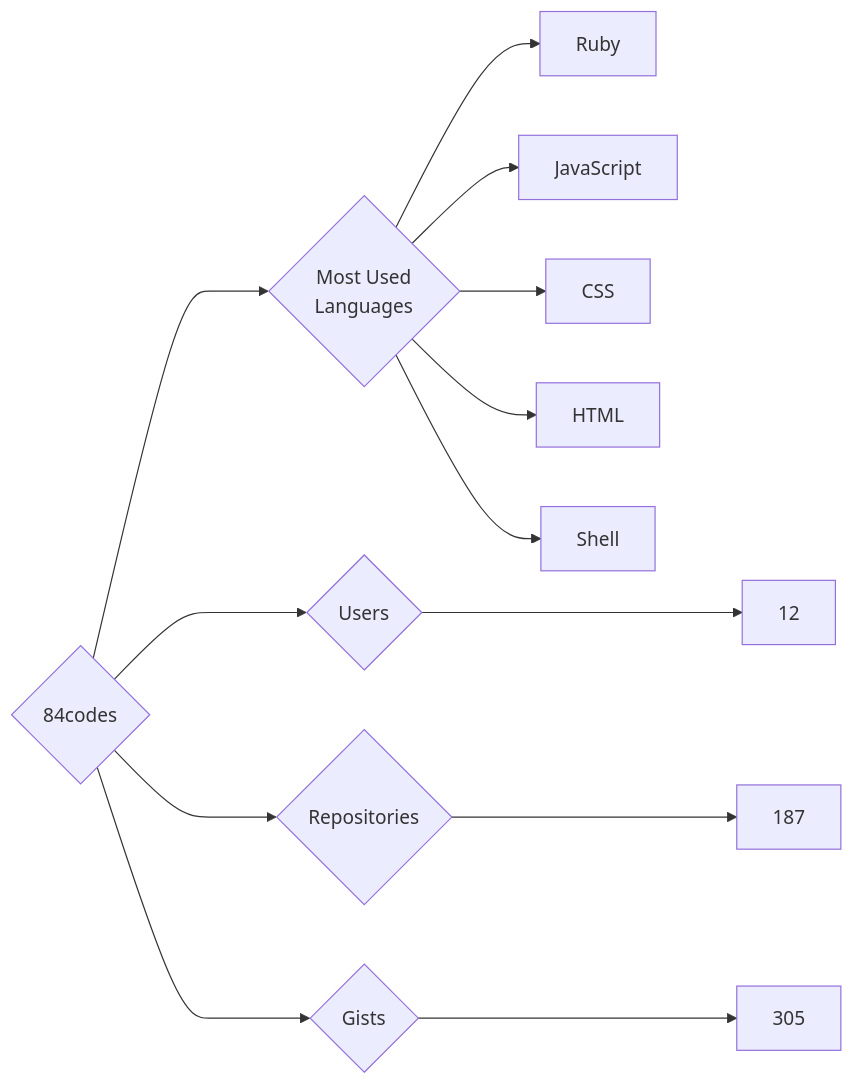
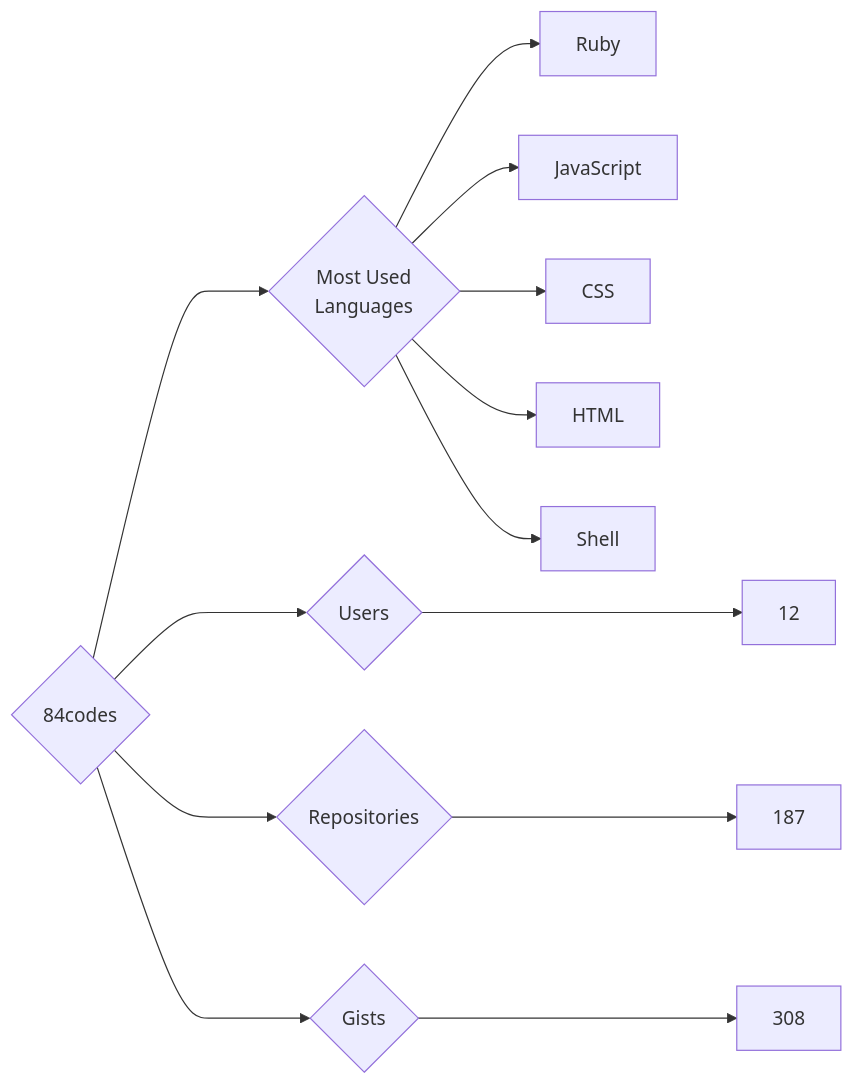
One commit to trickest/insiders changed the diagram in targets/84codes/README.md. Above: the diagram before and after it, drawn with Mermaid. The commit also changed 681 other files, not shown here.

````diff
--- a/targets/84codes/README.md
+++ b/targets/84codes/README.md
@@ -3,13 +3,13 @@
 ```mermaid
 graph LR
 COMPANY_NAME{84codes}
 COMPANY_NAME ---> U{Users} ---> UN[12]
 COMPANY_NAME ---> R{Repositories} ---> RN[187]
-COMPANY_NAME ---> G{Gists} ---> GN[305]
+COMPANY_NAME ---> G{Gists} ---> GN[308]
 COMPANY_NAME ---> ML{Most Used<br>Languages}
 ML --> Ruby[Ruby]
 ML --> JavaScript[JavaScript]
 ML --> CSS[CSS]
 ML --> HTML[HTML]
 ML --> Shell[Shell]
 ```
````
